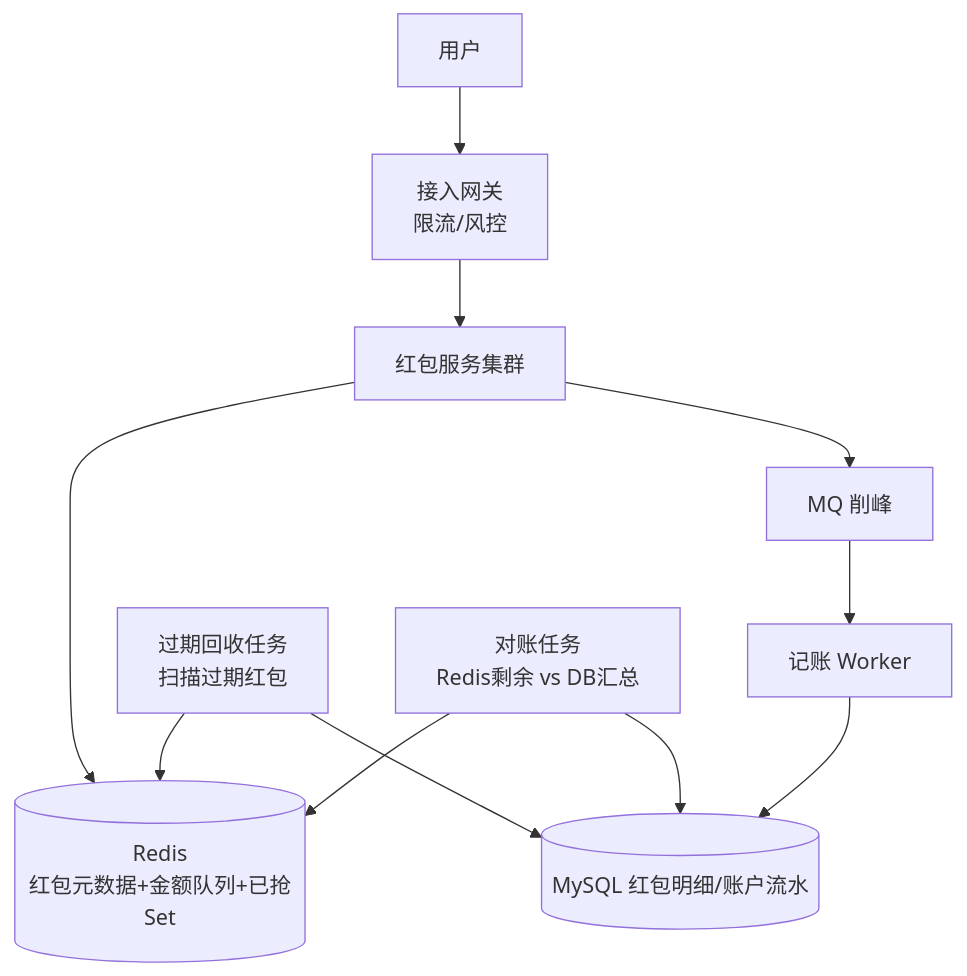
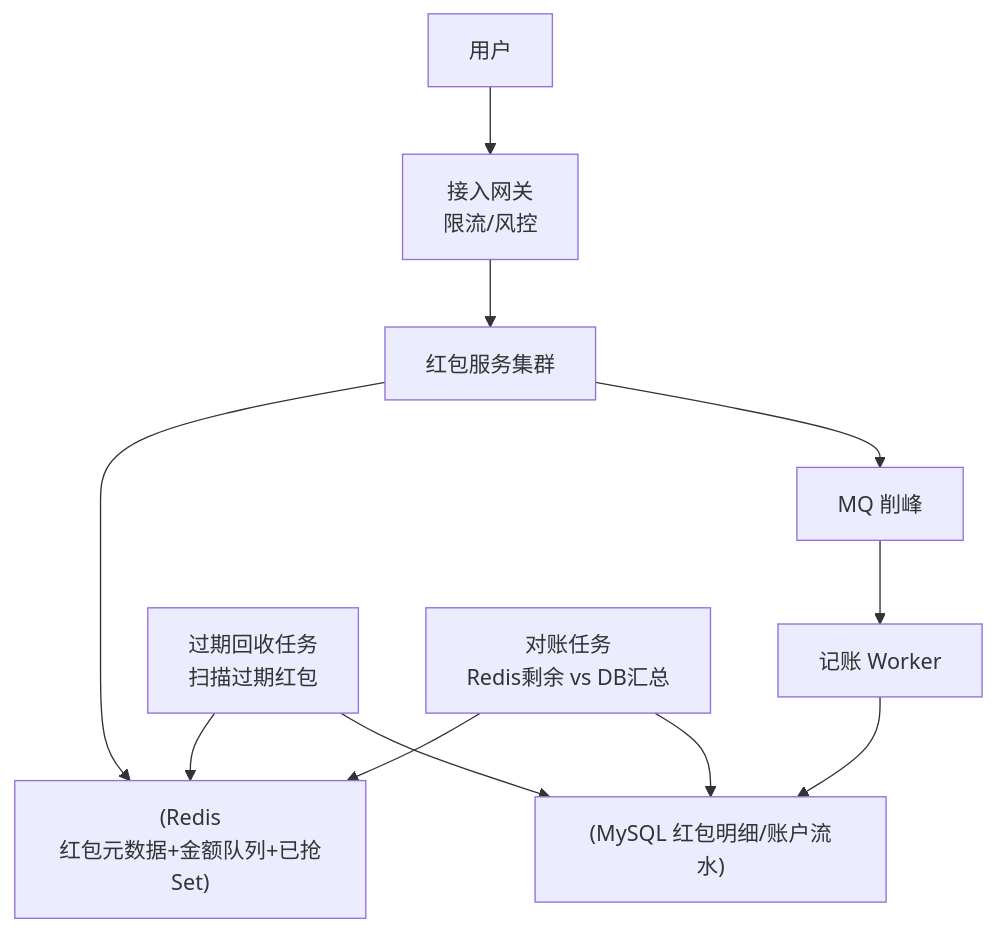
One commit to regding/java-interview-prep changed the fourth of 7 diagrams in 19-system-design-cases-1.md. Above: the diagram before and after it, drawn with Mermaid. The commit also changed other lines of this file and 20 other files, not shown here.

First line of the commit message:
fix: 全库 mermaid 中文节点标签统一加引号

````diff
--- a/19-system-design-cases-1.md
+++ b/19-system-design-cases-1.md
@@ -277,13 +277,13 @@
 ```mermaid
 flowchart TD
-    U[用户] --> G[接入网关<br/>限流/风控]
-    G --> RP[红包服务集群]
-    RP --> RD[(Redis<br/>红包元数据+金额队列+已抢Set)]
-    RP --> MQ[MQ 削峰]
-    MQ --> W[记账 Worker]
-    W --> DB[(MySQL 红包明细/账户流水)]
-    JOB[过期回收任务<br/>扫描过期红包] --> RD
+    U["用户"] --> G["接入网关<br/>限流/风控"]
+    G --> RP["红包服务集群"]
+    RP --> RD["(Redis<br/>红包元数据+金额队列+已抢Set)"]
+    RP --> MQ["MQ 削峰"]
+    MQ --> W["记账 Worker"]
+    W --> DB["(MySQL 红包明细/账户流水)"]
+    JOB["过期回收任务<br/>扫描过期红包"] --> RD
     JOB --> DB
-    CHK[对账任务<br/>Redis剩余 vs DB汇总] --> RD
+    CHK["对账任务<br/>Redis剩余 vs DB汇总"] --> RD
     CHK --> DB
 ```
````
